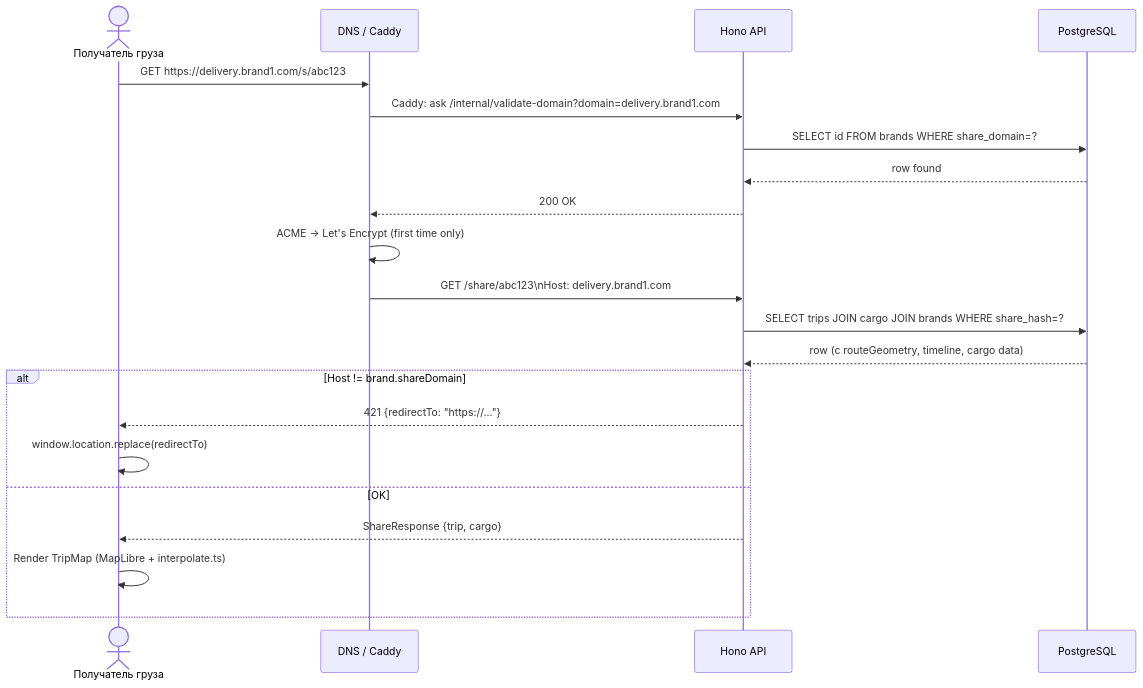
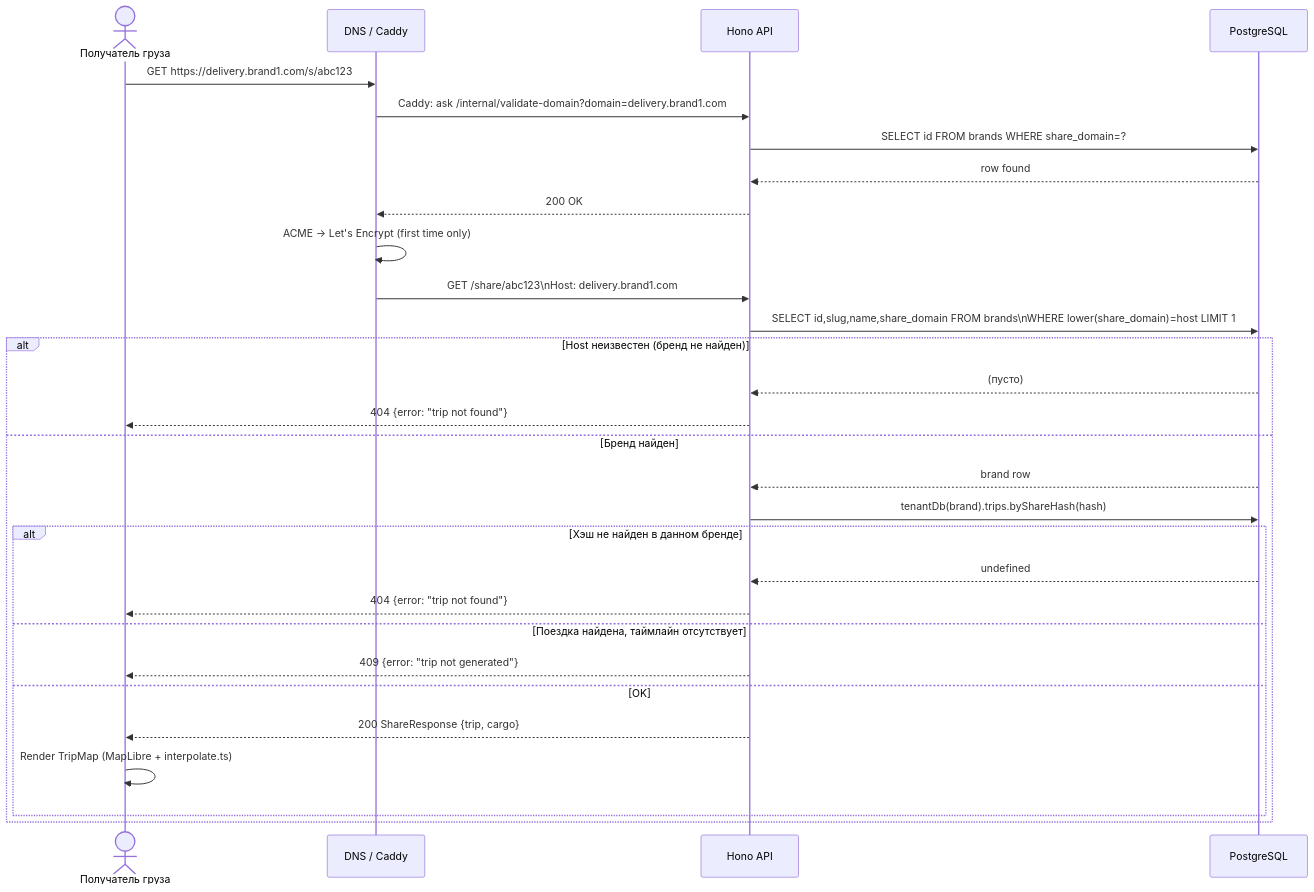
The third of 5 diagrams in docs/architecture/README.md (trudogolik45/delivery-tracker-v2), drawn with Mermaid before and after one commit. The commit also changed other lines of this file and 14 other files, not shown here.

````diff
--- a/docs/architecture/README.md
+++ b/docs/architecture/README.md
@@ -322,24 +322,32 @@
 ```mermaid
 sequenceDiagram
     actor Customer as Получатель груза
     participant DNS as DNS / Caddy
     participant API as Hono API
     participant DB as PostgreSQL
 
     Customer->>DNS: GET https://delivery.brand1.com/s/abc123
     DNS->>API: Caddy: ask /internal/validate-domain?domain=delivery.brand1.com
     API->>DB: SELECT id FROM brands WHERE share_domain=?
     DB-->>API: row found
     API-->>DNS: 200 OK
     DNS->>DNS: ACME → Let's Encrypt (first time only)
     DNS->>API: GET /share/abc123\nHost: delivery.brand1.com
-    API->>DB: SELECT trips JOIN cargo JOIN brands WHERE share_hash=?
-    DB-->>API: row (с routeGeometry, timeline, cargo data)
-    alt Host != brand.shareDomain
-        API-->>Customer: 421 {redirectTo: "https://..."}
-        Customer->>Customer: window.location.replace(redirectTo)
-    else OK
-        API-->>Customer: ShareResponse {trip, cargo}
-        Customer->>Customer: Render TripMap (MapLibre + interpolate.ts)
+    API->>DB: SELECT id,slug,name,share_domain FROM brands\nWHERE lower(share_domain)=host LIMIT 1
+    alt Host неизвестен (бренд не найден)
+        DB-->>API: (пусто)
+        API-->>Customer: 404 {error: "trip not found"}
+    else Бренд найден
+        DB-->>API: brand row
+        API->>DB: tenantDb(brand).trips.byShareHash(hash)
+        alt Хэш не найден в данном бренде
+            DB-->>API: undefined
+            API-->>Customer: 404 {error: "trip not found"}
+        else Поездка найдена, таймлайн отсутствует
+            API-->>Customer: 409 {error: "trip not generated"}
+        else OK
+            API-->>Customer: 200 ShareResponse {trip, cargo}
+            Customer->>Customer: Render TripMap (MapLibre + interpolate.ts)
+        end
     end
 ```
````
